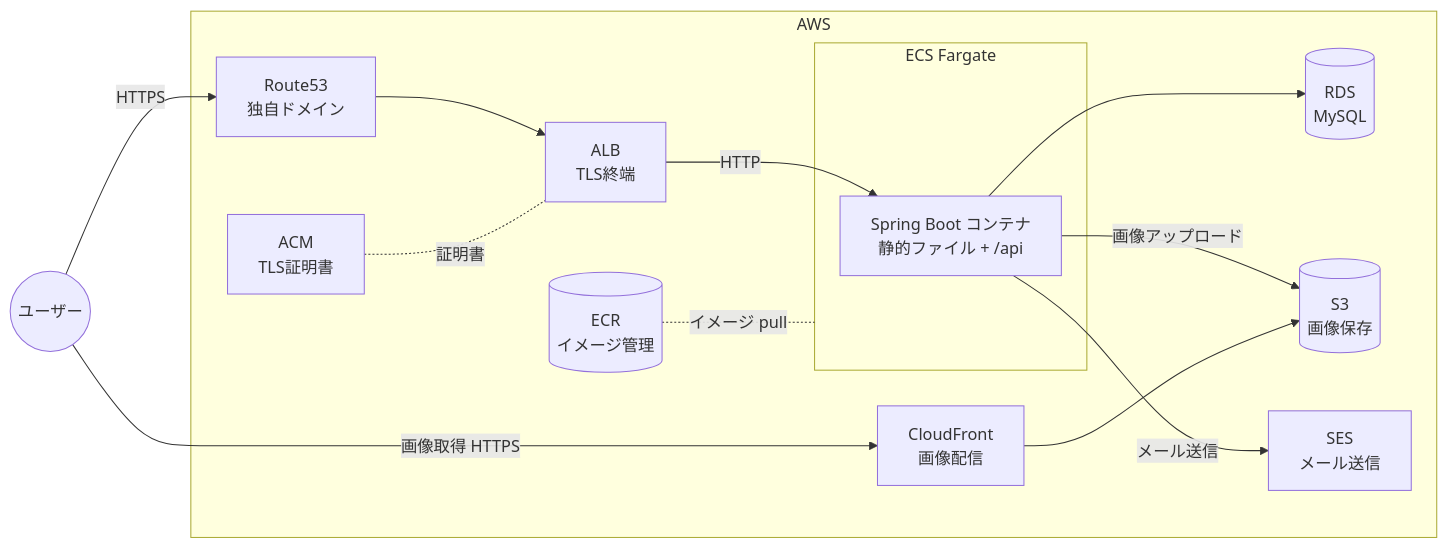
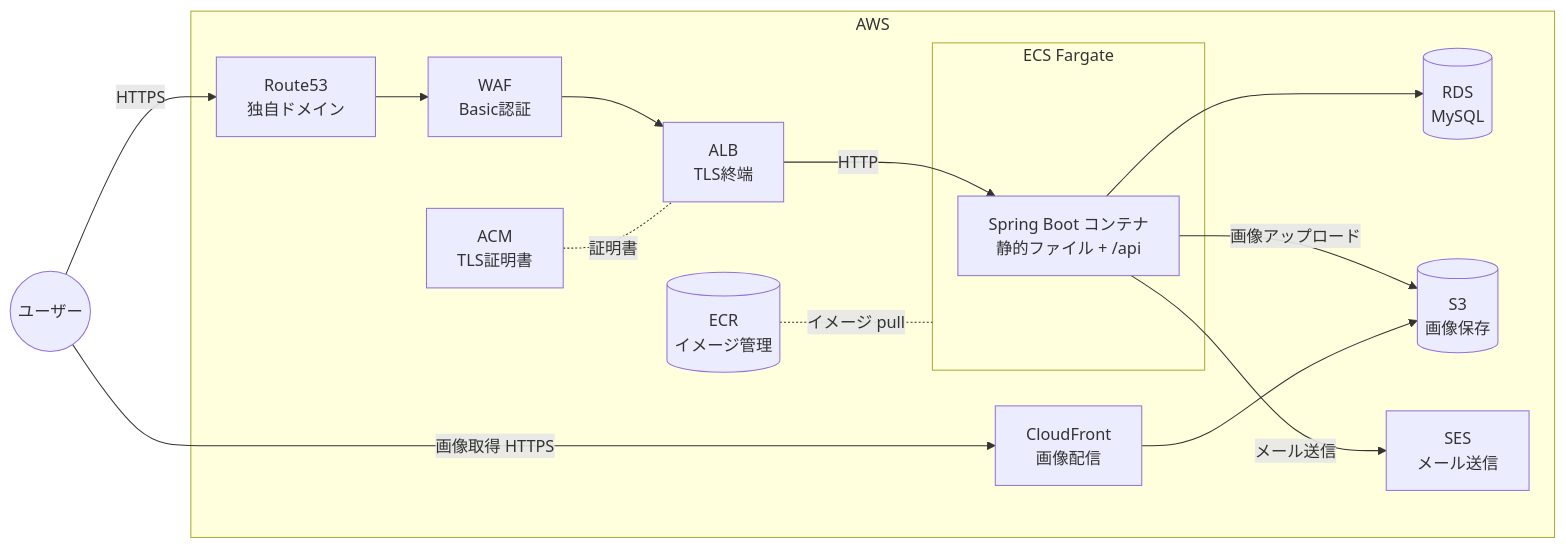
One commit to 0000masa/nuxt-java-practice changed the diagram in docs/infrastructure/README.md. Above: the diagram before and after it, drawn with Mermaid. The commit also changed other lines of this file and 4 other files, not shown here.

````diff
--- a/docs/infrastructure/README.md
+++ b/docs/infrastructure/README.md
@@ -17,29 +17,31 @@
 ```mermaid
 flowchart LR
     User((ユーザー))
 
     subgraph AWS
         R53[Route53<br/>独自ドメイン]
         ACM[ACM<br/>TLS証明書]
+        WAF[WAF<br/>Basic認証]
         ALB[ALB<br/>TLS終端]
         subgraph ECS[ECS Fargate]
             App[Spring Boot コンテナ<br/>静的ファイル + /api]
         end
         RDS[(RDS<br/>MySQL)]
         S3[(S3<br/>画像保存)]
         CF[CloudFront<br/>画像配信]
         SES[SES<br/>メール送信]
         ECR[(ECR<br/>イメージ管理)]
     end
 
     User -->|HTTPS| R53
-    R53 --> ALB
+    R53 --> WAF
+    WAF --> ALB
     ACM -.証明書.- ALB
     ALB -->|HTTP| App
     App --> RDS
     App -->|画像アップロード| S3
     App -->|メール送信| SES
     User -->|画像取得 HTTPS| CF
     CF --> S3
     ECR -.イメージ pull.- ECS
 ```
````
